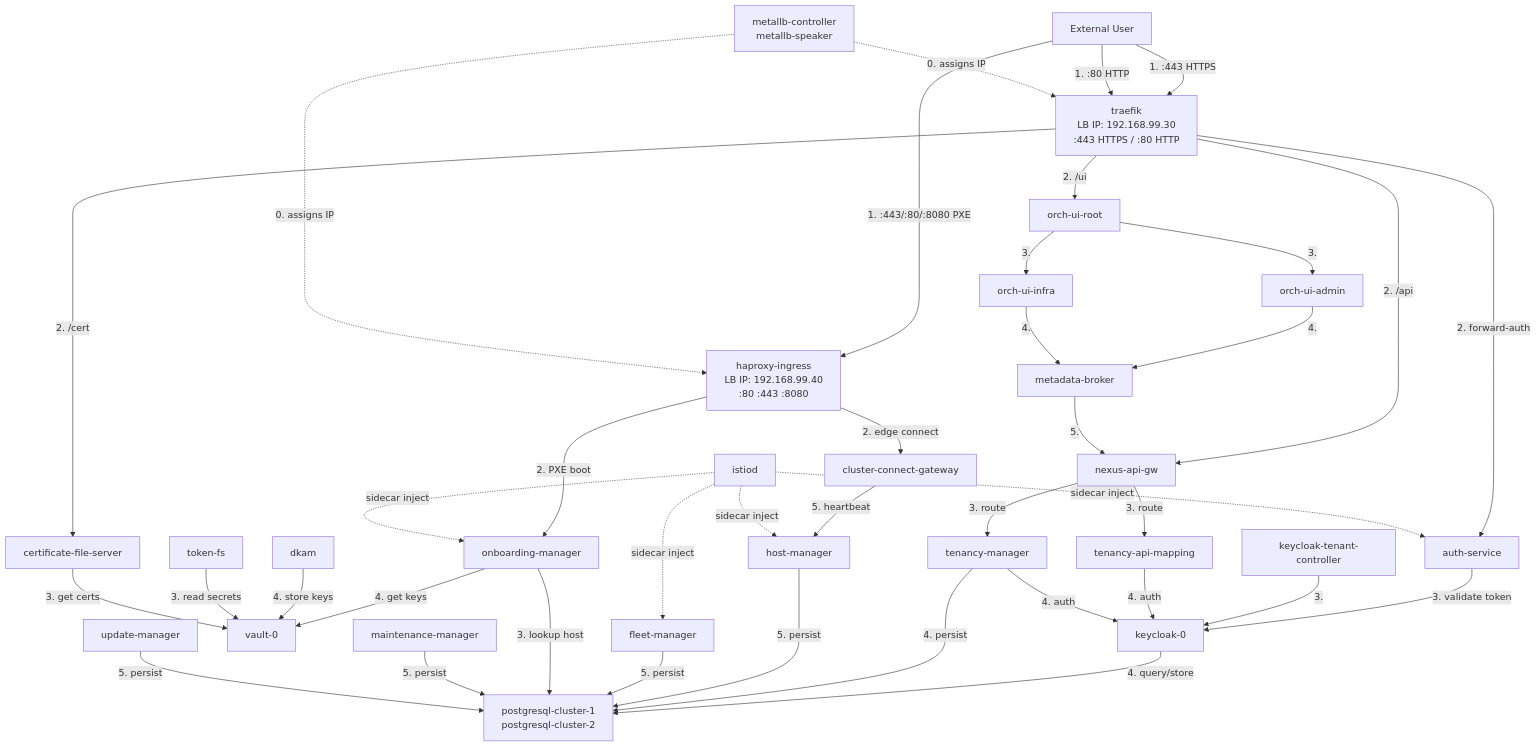
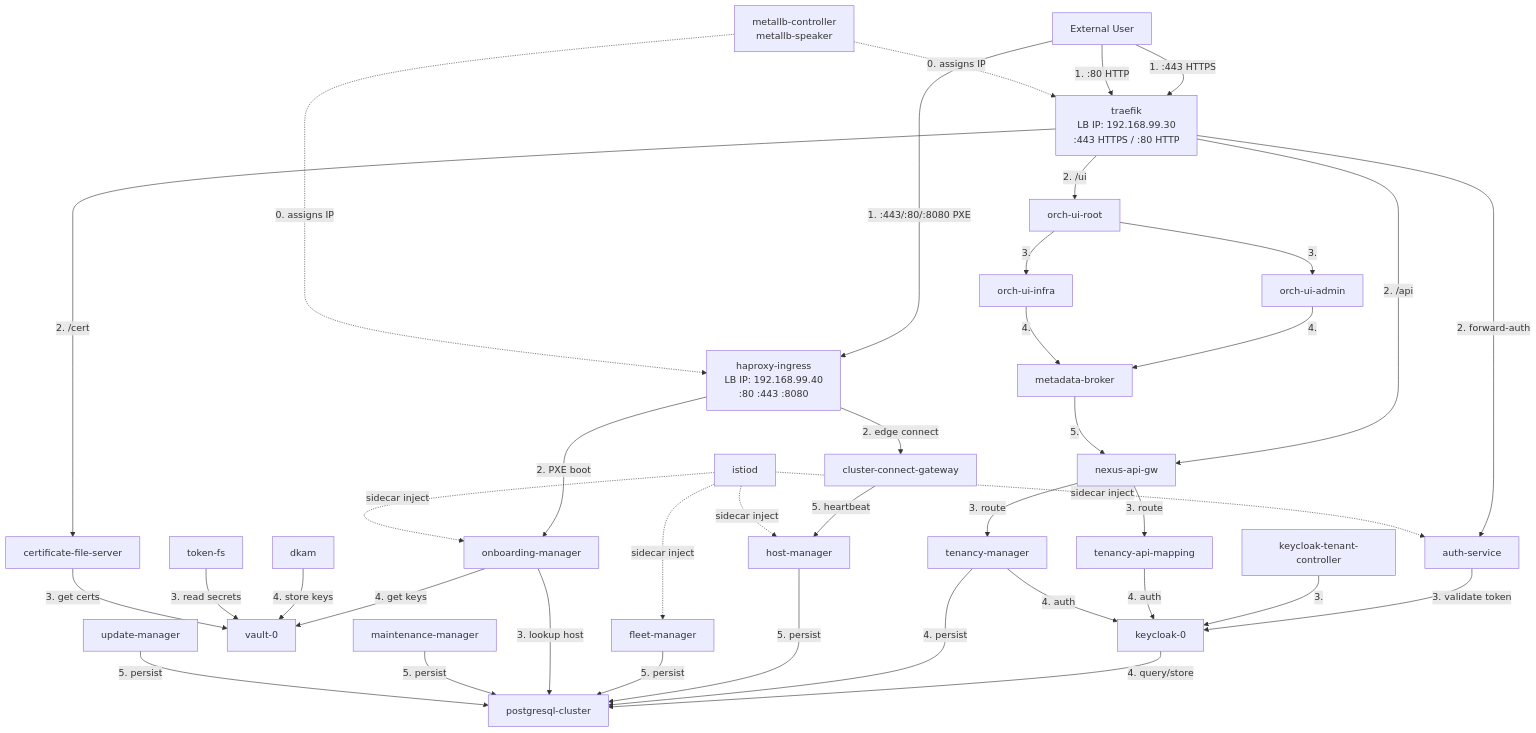
The diagram in pre-orch/diagram.md (open-edge-platform/edge-manageability-framework), drawn with Mermaid before and after one commit.

```diff
--- a/pre-orch/diagram.md
+++ b/pre-orch/diagram.md
@@ -25,7 +25,7 @@
     TEN_MGR["tenancy-manager"]
 
     %% Database
-    PG["postgresql-cluster-1<br/>postgresql-cluster-2"]
+    PG["postgresql-cluster"]
 
     %% Secrets & Certs
     VAULT["vault-0"]
```
